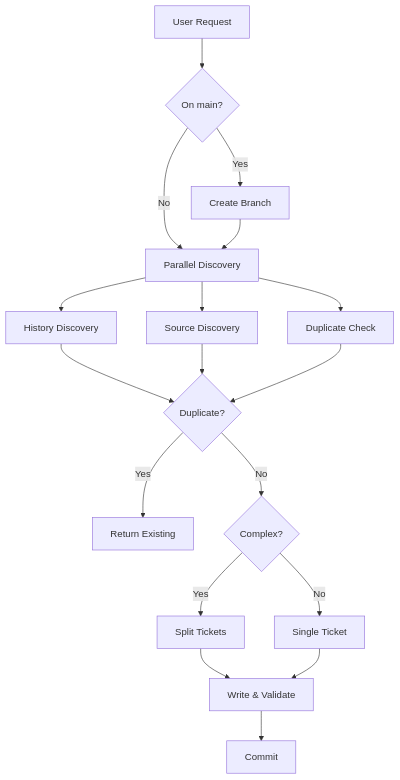
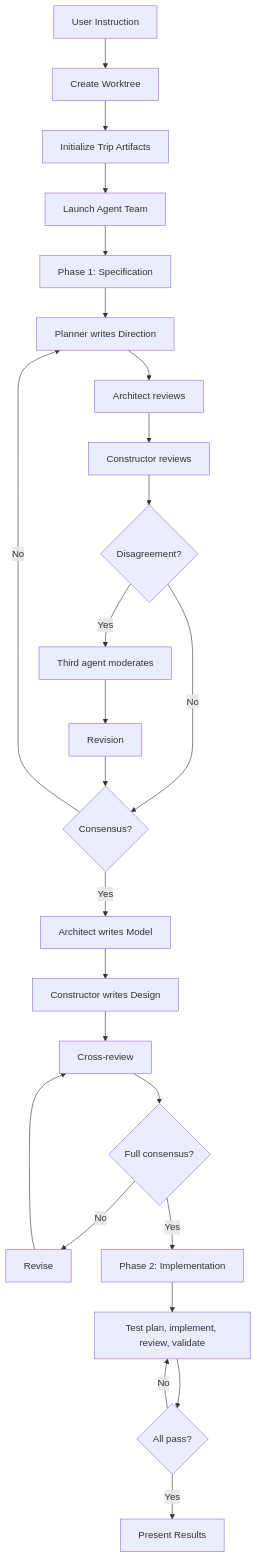
The diagram in .workaholic/specs/feature_ja.md (qmu/workaholic), drawn with Mermaid before and after one commit. The commit also changed other lines of this file and 57 other files, not shown here.

````diff
--- a/.workaholic/specs/feature_ja.md
+++ b/.workaholic/specs/feature_ja.md
@@ -37,20 +95,29 @@
 ```mermaid
 flowchart TD
-    A[User Request] --> B{On main?}
-    B -->|Yes| C[Create Branch]
-    B -->|No| D[Parallel Discovery]
-    C --> D
-    D --> E[History Discovery]
-    D --> F[Source Discovery]
-    D --> G[Duplicate Check]
-    E --> H{Duplicate?}
-    F --> H
-    G --> H
-    H -->|Yes| I[Return Existing]
-    H -->|No| J{Complex?}
-    J -->|Yes| K[Split Tickets]
-    J -->|No| L[Single Ticket]
-    K --> M[Write & Validate]
-    L --> M
-    M --> N[Commit]
+    A[User Instruction] --> B[Create Worktree]
+    B --> C[Initialize Trip Artifacts]
+    C --> D[Launch Agent Team]
+
+    D --> E["Phase 1: Specification"]
+    E --> F[Planner writes Direction]
+    F --> G[Architect reviews]
+    G --> H[Constructor reviews]
+    H --> I{Disagreement?}
+    I -->|Yes| J[Third agent moderates]
+    J --> K[Revision]
+    I -->|No| L{Consensus?}
+    K --> L
+    L -->|No| F
+    L -->|Yes| M[Architect writes Model]
+    M --> N[Constructor writes Design]
+    N --> O[Cross-review]
+    O --> P{Full consensus?}
+    P -->|No| Q[Revise]
+    Q --> O
+    P -->|Yes| R["Phase 2: Implementation"]
+
+    R --> S[Test plan, implement, review, validate]
+    S --> T{All pass?}
+    T -->|No| S
+    T -->|Yes| U[Present Results]
 ```
````
